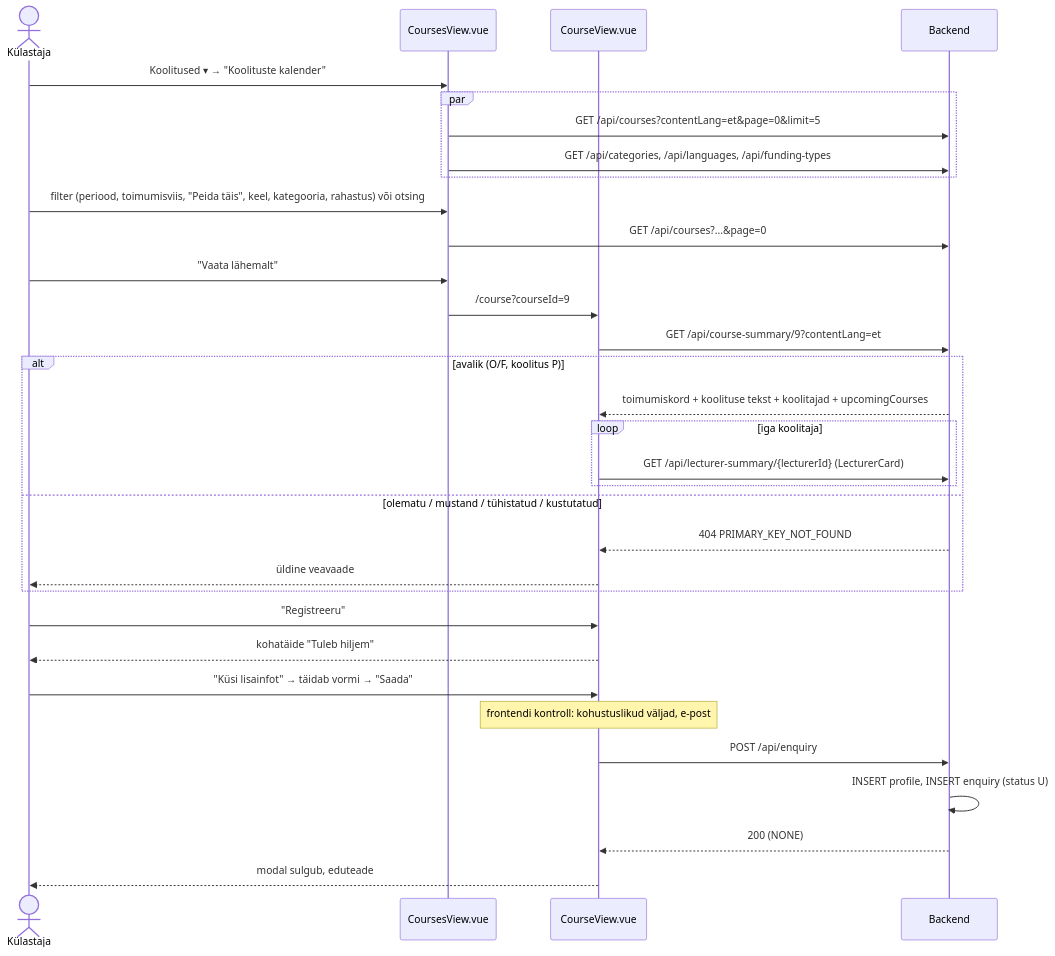
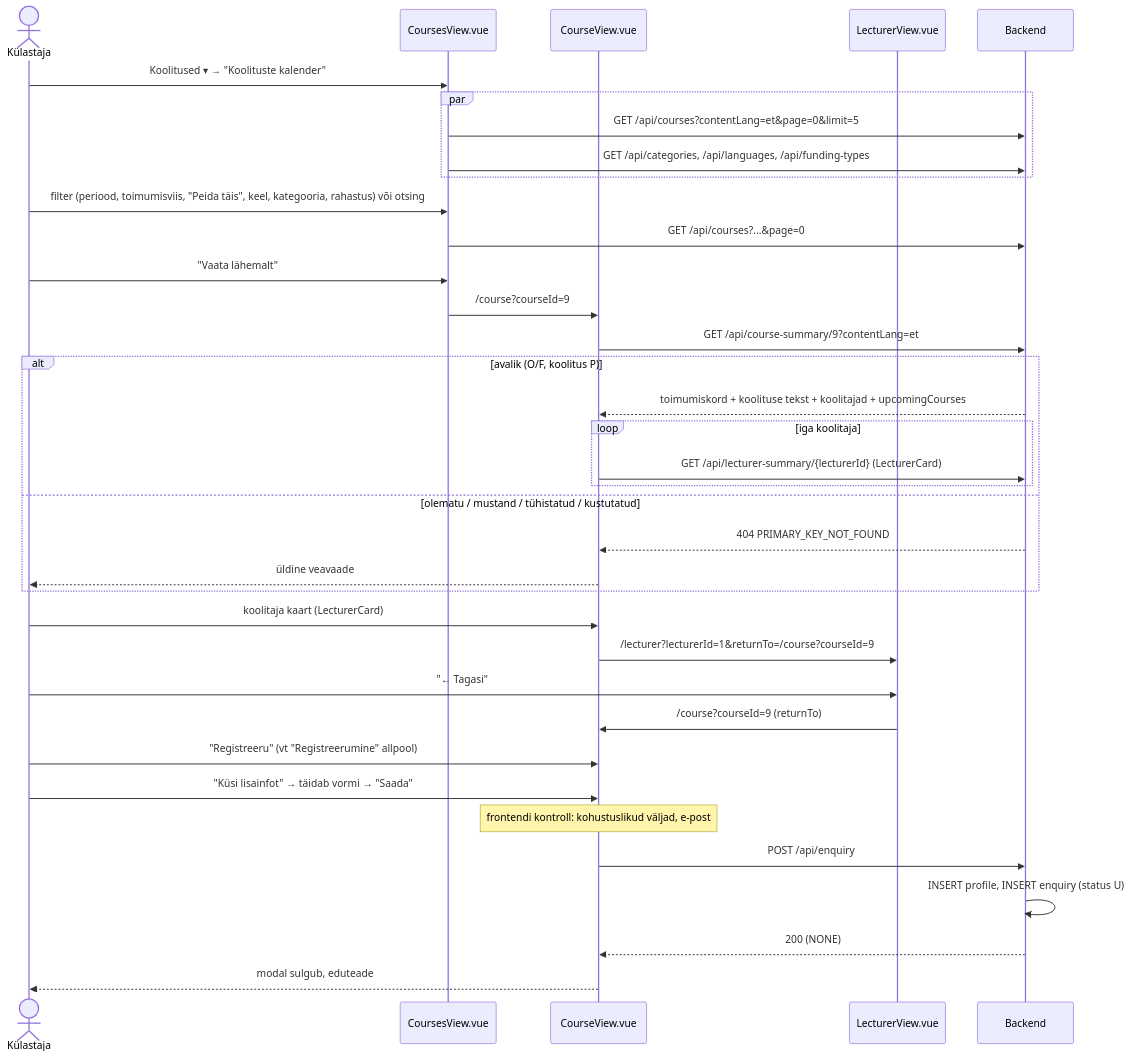
One commit to FredLehing/bcs-koolitused changed the third of 4 diagrams in docs/mock-wireframe/loo-mock-vaade/courses-view/courses-view-skeemid.md. Above: the diagram before and after it, drawn with Mermaid. The commit also changed other lines of this file and 8 other files, not shown here.

````diff
--- a/docs/mock-wireframe/loo-mock-vaade/courses-view/courses-view-skeemid.md
+++ b/docs/mock-wireframe/loo-mock-vaade/courses-view/courses-view-skeemid.md
@@ -406,35 +406,39 @@
 ```mermaid
 sequenceDiagram
     actor K as Külastaja
     participant List as CoursesView.vue
     participant Page as CourseView.vue
+    participant Lect as LecturerView.vue
     participant BE as Backend
 
     K->>List: Koolitused ▾ → "Koolituste kalender"
     par
         List->>BE: GET /api/courses?contentLang=et&page=0&limit=5
         List->>BE: GET /api/categories, /api/languages, /api/funding-types
     end
     K->>List: filter (periood, toimumisviis, "Peida täis", keel, kategooria, rahastus) või otsing
     List->>BE: GET /api/courses?...&page=0
     K->>List: "Vaata lähemalt"
     List->>Page: /course?courseId=9
     Page->>BE: GET /api/course-summary/9?contentLang=et
     alt avalik (O/F, koolitus P)
         BE-->>Page: toimumiskord + koolituse tekst + koolitajad + upcomingCourses
         loop iga koolitaja
             Page->>BE: GET /api/lecturer-summary/{lecturerId} (LecturerCard)
         end
     else olematu / mustand / tühistatud / kustutatud
         BE-->>Page: 404 PRIMARY_KEY_NOT_FOUND
         Page-->>K: üldine veavaade
     end
-    K->>Page: "Registreeru"
-    Page-->>K: kohatäide "Tuleb hiljem"
+    K->>Page: koolitaja kaart (LecturerCard)
+    Page->>Lect: /lecturer?lecturerId=1&returnTo=/course?courseId=9
+    K->>Lect: "← Tagasi"
+    Lect->>Page: /course?courseId=9 (returnTo)
+    K->>Page: "Registreeru" (vt "Registreerumine" allpool)
     K->>Page: "Küsi lisainfot" → täidab vormi → "Saada"
     Note over Page: frontendi kontroll: kohustuslikud väljad, e-post
     Page->>BE: POST /api/enquiry
     BE->>BE: INSERT profile, INSERT enquiry (status U)
     BE-->>Page: 200 (NONE)
     Page-->>K: modal sulgub, eduteade
 ```
````
